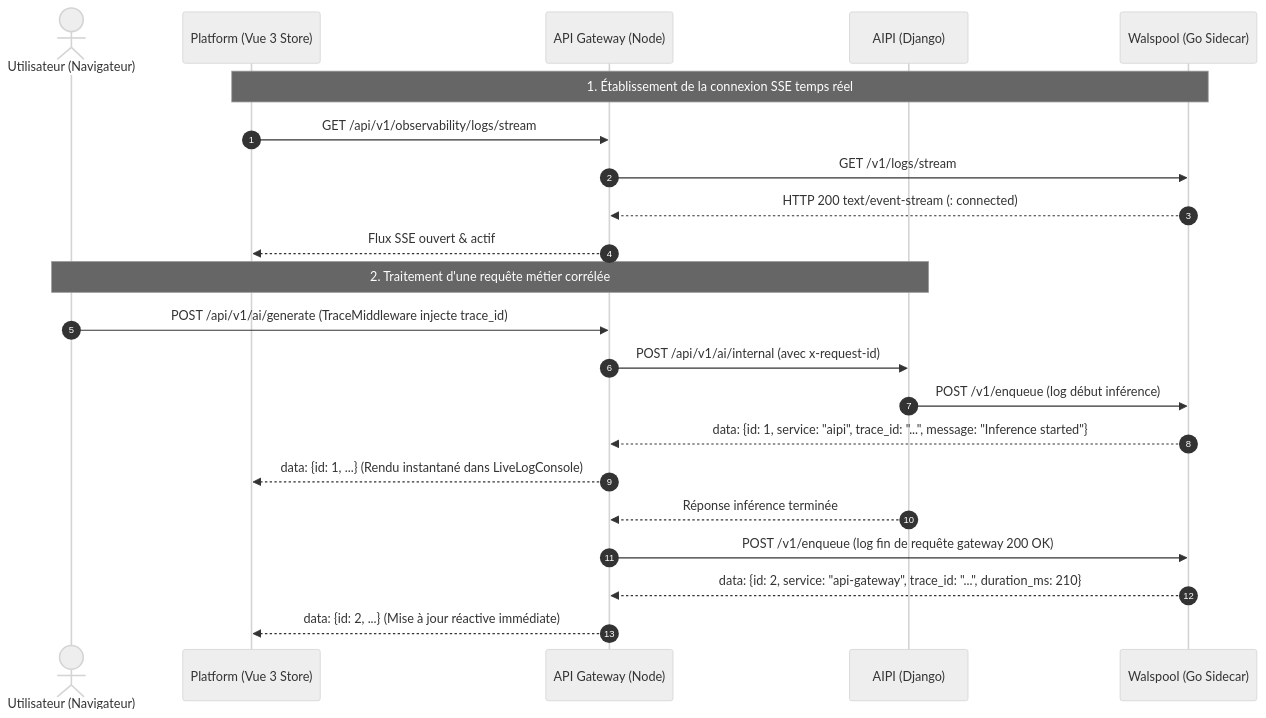
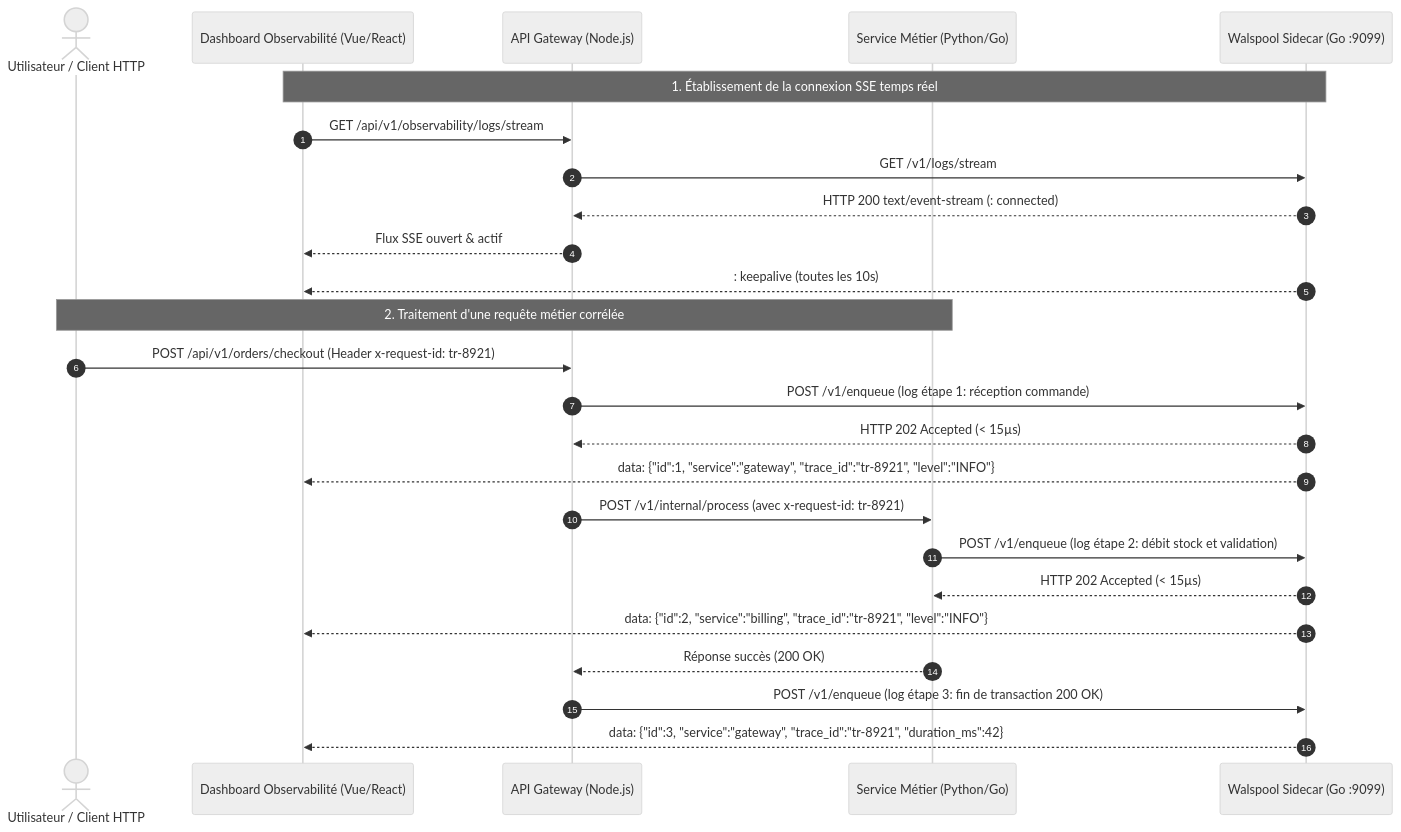
Before and after one commit to YohannHommet/walspool: the second of 2 diagrams in docs/architecture/OBSERVABILITY_REPORT.md, drawn with Mermaid (neutral theme). The commit also changed other lines of this file and 23 other files, not shown here.

Commit message:
refactor(assets & docs): clean up redundant assets and elevate observability architecture whitepaper

````diff
--- a/docs/architecture/OBSERVABILITY_REPORT.md
+++ b/docs/architecture/OBSERVABILITY_REPORT.md
@@ -65,26 +78,31 @@
 ```mermaid
 sequenceDiagram
     autonumber
-    actor User as Utilisateur (Navigateur)
-    participant UI as Platform (Vue 3 Store)
-    participant GW as API Gateway (Node)
-    participant AIPI as AIPI (Django)
-    participant Hub as Walspool (Go Sidecar)
+    actor User as Utilisateur / Client HTTP
+    participant UI as Dashboard Observabilité (Vue/React)
+    participant GW as API Gateway (Node.js)
+    participant Worker as Service Métier (Python/Go)
+    participant Hub as Walspool Sidecar (Go :9099)
 
     Note over UI,Hub: 1. Établissement de la connexion SSE temps réel
     UI->>GW: GET /api/v1/observability/logs/stream
     GW->>Hub: GET /v1/logs/stream
     Hub-->>GW: HTTP 200 text/event-stream (: connected)
     GW-->>UI: Flux SSE ouvert & actif
+    Hub-->>UI: : keepalive (toutes les 10s)
 
-    Note over User,AIPI: 2. Traitement d'une requête métier corrélée
-    User->>GW: POST /api/v1/ai/generate (TraceMiddleware injecte trace_id)
-    GW->>AIPI: POST /api/v1/ai/internal (avec x-request-id)
-    AIPI->>Hub: POST /v1/enqueue (log début inférence)
-    Hub-->>GW: data: {id: 1, service: "aipi", trace_id: "...", message: "Inference started"}
-    GW-->>UI: data: {id: 1, ...} (Rendu instantané dans LiveLogConsole)
-    AIPI-->>GW: Réponse inférence terminée
-    GW->>Hub: POST /v1/enqueue (log fin de requête gateway 200 OK)
-    Hub-->>GW: data: {id: 2, service: "api-gateway", trace_id: "...", duration_ms: 210}
-    GW-->>UI: data: {id: 2, ...} (Mise à jour réactive immédiate)
+    Note over User,Worker: 2. Traitement d'une requête métier corrélée
+    User->>GW: POST /api/v1/orders/checkout (Header x-request-id: tr-8921)
+    GW->>Hub: POST /v1/enqueue (log étape 1: réception commande)
+    Hub-->>GW: HTTP 202 Accepted (< 15µs)
+    Hub-->>UI: data: {"id":1, "service":"gateway", "trace_id":"tr-8921", "level":"INFO"}
+
+    GW->>Worker: POST /v1/internal/process (avec x-request-id: tr-8921)
+    Worker->>Hub: POST /v1/enqueue (log étape 2: débit stock et validation)
+    Hub-->>Worker: HTTP 202 Accepted (< 15µs)
+    Hub-->>UI: data: {"id":2, "service":"billing", "trace_id":"tr-8921", "level":"INFO"}
+
+    Worker-->>GW: Réponse succès (200 OK)
+    GW->>Hub: POST /v1/enqueue (log étape 3: fin de transaction 200 OK)
+    Hub-->>UI: data: {"id":3, "service":"gateway", "trace_id":"tr-8921", "duration_ms":42}
 ```
````
